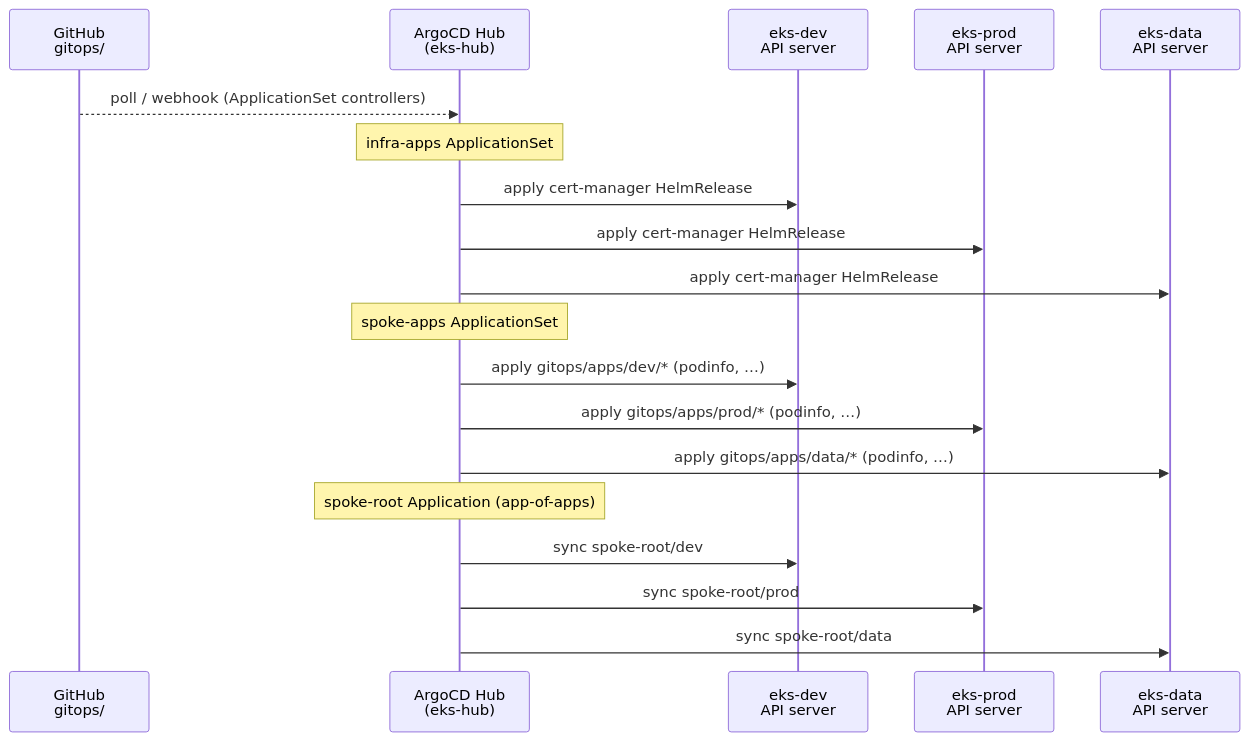
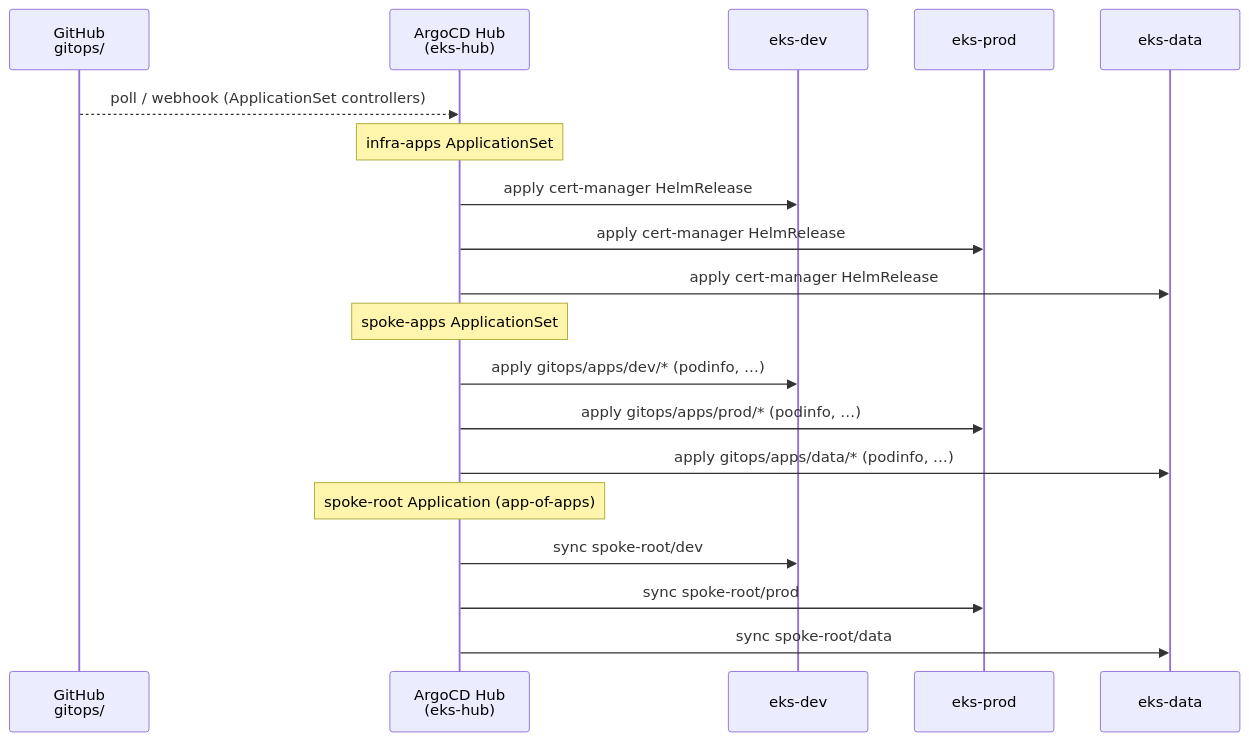
The sixth of 13 diagrams in docs/low-level-design.md (paragch/eks-hub-spoke), drawn with Mermaid before and after one commit. The commit also changed other lines of this file and 1 other file, not shown here.

Commit message:
docs: remove 'API server' references from documentation
Replace all 'API server' mentions with cluster-level references
that match the design language used throughout the docs:
- LLD Section 5: edge labels 'ArgoCD → dev/prod/data API server'
  → 'ArgoCD → eks-dev/prod/data :443'
- LLD Section 6: participant names 'eks-dev API server' → 'eks-dev'
- README: 'port 443 for ArgoCD → API server' → 'port 443 from hub
  VPC to each spoke cluster'

````diff
--- a/docs/low-level-design.md
+++ b/docs/low-level-design.md
@@ -298,25 +298,25 @@
 ```mermaid
 sequenceDiagram
   participant GH as GitHub<br/>gitops/
   participant ARGOCD as ArgoCD Hub<br/>(eks-hub)
-  participant DEV_API as eks-dev<br/>API server
-  participant PROD_API as eks-prod<br/>API server
-  participant DATA_API as eks-data<br/>API server
+  participant DEV_API as eks-dev
+  participant PROD_API as eks-prod
+  participant DATA_API as eks-data
 
   GH-->>ARGOCD: poll / webhook (ApplicationSet controllers)
 
   Note over ARGOCD: infra-apps ApplicationSet
   ARGOCD->>DEV_API:  apply cert-manager HelmRelease
   ARGOCD->>PROD_API: apply cert-manager HelmRelease
   ARGOCD->>DATA_API: apply cert-manager HelmRelease
 
   Note over ARGOCD: spoke-apps ApplicationSet
   ARGOCD->>DEV_API:  apply gitops/apps/dev/* (podinfo, …)
   ARGOCD->>PROD_API: apply gitops/apps/prod/* (podinfo, …)
   ARGOCD->>DATA_API: apply gitops/apps/data/* (podinfo, …)
 
   Note over ARGOCD: spoke-root Application (app-of-apps)
   ARGOCD->>DEV_API:  sync spoke-root/dev
   ARGOCD->>PROD_API: sync spoke-root/prod
   ARGOCD->>DATA_API: sync spoke-root/data
 ```
````
